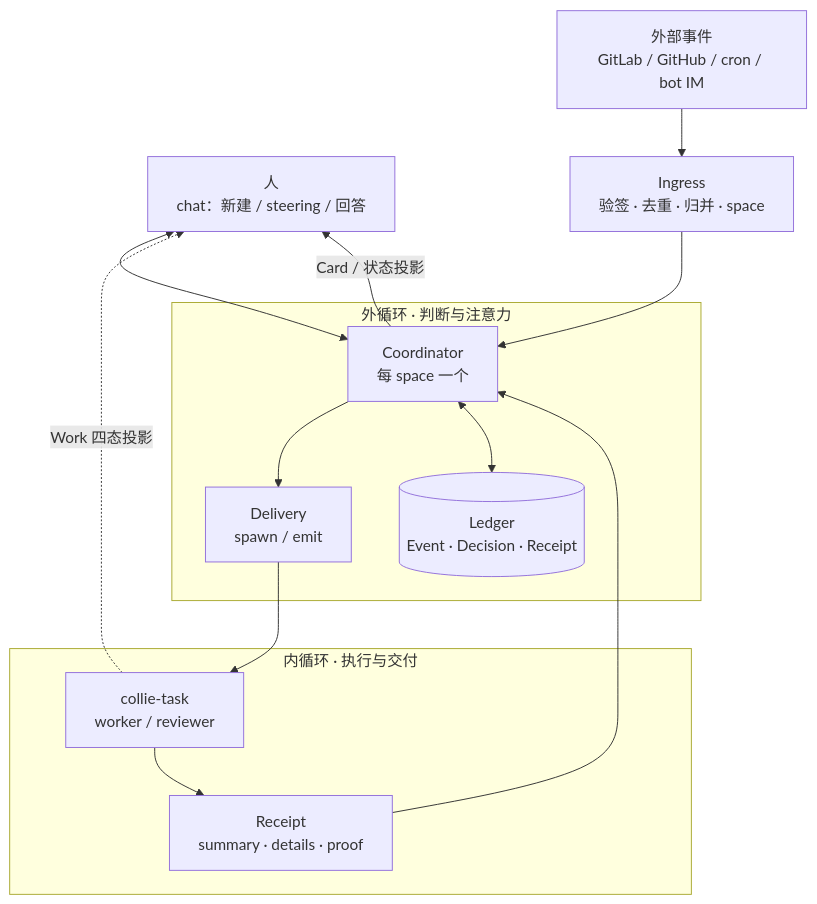
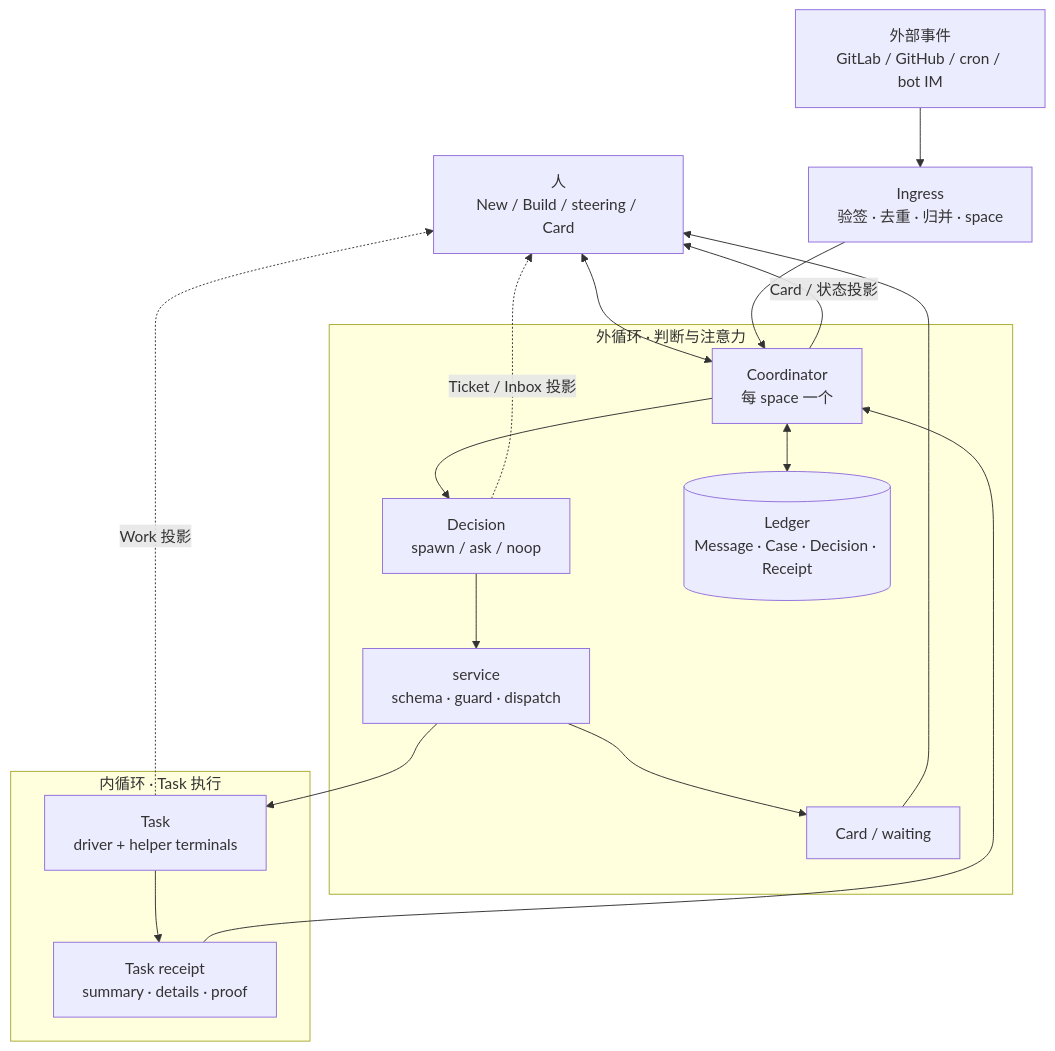
One commit to iodone/collie changed the first of 4 diagrams in docs/ARCHITECTURE.md. Above: the diagram before and after it, drawn with Mermaid. The commit also changed other lines of this file and 151 other files, not shown here.

First line of the commit message:
feat: complete Collie collaboration and task lifecycle (#40)

````diff
--- a/docs/ARCHITECTURE.md
+++ b/docs/ARCHITECTURE.md
@@ -9,18 +55,25 @@
 ```mermaid
 flowchart TB
-  H["人<br/>chat：新建 / steering / 回答"] <--> C["Coordinator<br/>每 space 一个"]
+  H["人<br/>New / Build / steering / Card"] <--> C["Coordinator<br/>每 space 一个"]
   E["外部事件<br/>GitLab / GitHub / cron / bot IM"] --> I["Ingress<br/>验签 · 去重 · 归并 · space"]
   I --> C
+
   subgraph OUTER["外循环 · 判断与注意力"]
-    C --> D["Delivery<br/>spawn / emit"]
-    L[("Ledger<br/>Event · Decision · Receipt")]
+    C --> D["Decision<br/>spawn / ask / noop"]
+    D --> V["service<br/>schema · guard · dispatch"]
+    V --> W["Card / waiting"]
+    L[("Ledger<br/>Message · Case · Decision · Receipt")]
     C <--> L
   end
-  subgraph INNER["内循环 · 执行与交付"]
-    D --> T["collie-task<br/>worker / reviewer"]
-    T --> R["Receipt<br/>summary · details · proof"]
+
+  subgraph INNER["内循环 · Task 执行"]
+    V --> T["Task<br/>driver + helper terminals"]
+    T --> R["Task receipt<br/>summary · details · proof"]
     R --> C
   end
+
+  W --> H
   C -->|"Card / 状态投影"| H
-  T -. "Work 四态投影" .-> H
+  T -. "Work 投影" .-> H
+  D -. "Ticket / Inbox 投影" .-> H
 ```
````
